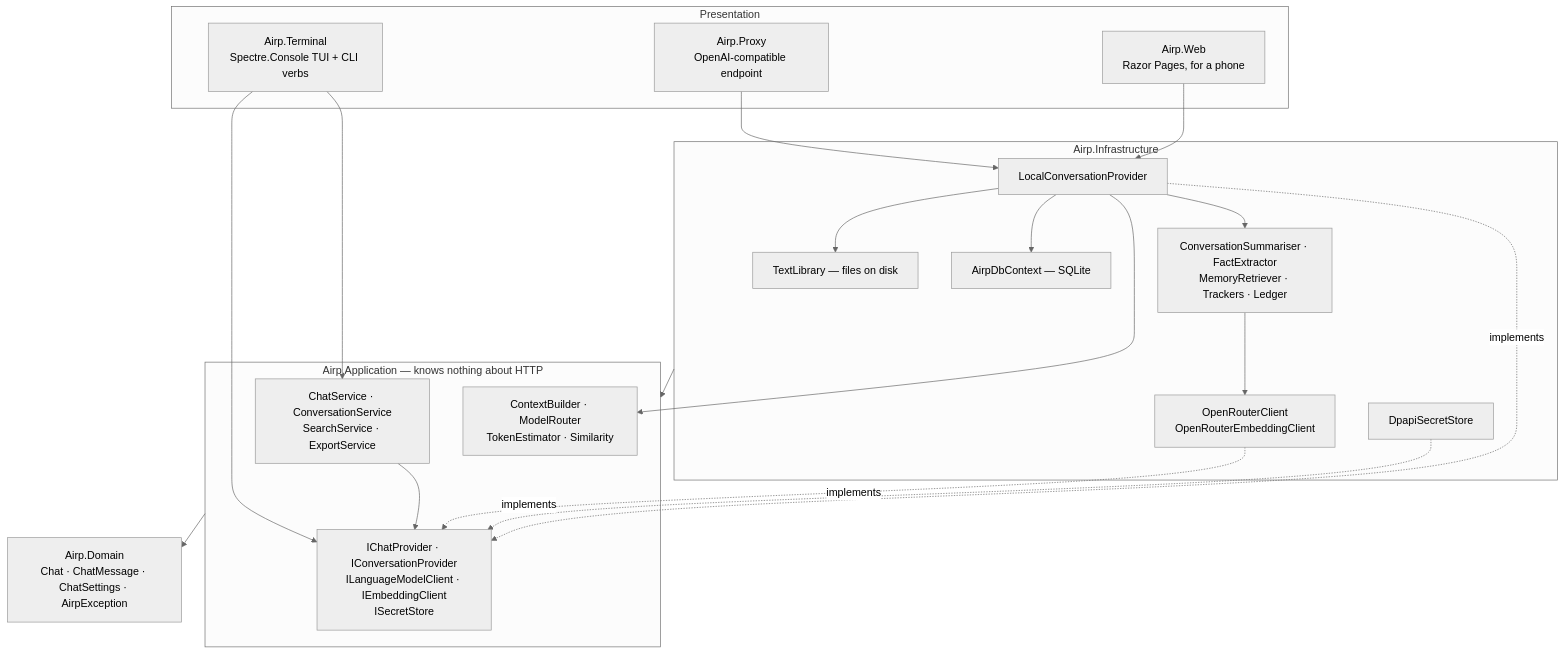
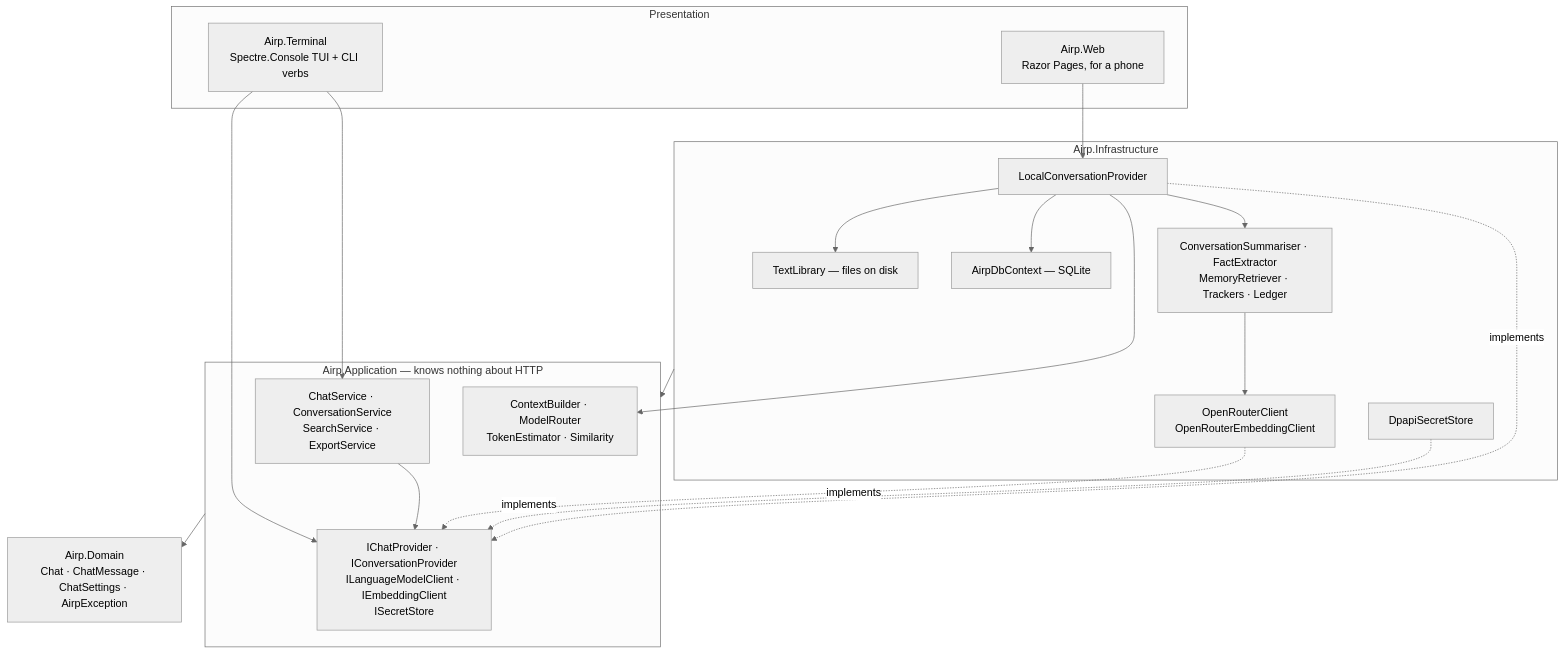
One commit to argamboad/custom-airp changed the first of 8 diagrams in docs/ARCHITECTURE.md. Above: the diagram before and after it, drawn with Mermaid (neutral theme). The commit also changed other lines of this file and 28 other files, not shown here.

````diff
--- a/docs/ARCHITECTURE.md
+++ b/docs/ARCHITECTURE.md
@@ -21,41 +21,39 @@
 ```mermaid
 flowchart TB
     subgraph Presentation
         Terminal["Airp.Terminal\nSpectre.Console TUI + CLI verbs"]
-        Proxy["Airp.Proxy\nOpenAI-compatible endpoint"]
         Web["Airp.Web\nRazor Pages, for a phone"]
     end
 
     subgraph Application["Airp.Application — knows nothing about HTTP"]
         Services["ChatService · ConversationService\nSearchService · ExportService"]
         Abstractions["IChatProvider · IConversationProvider\nILanguageModelClient · IEmbeddingClient\nISecretStore"]
         Ctx["ContextBuilder · ModelRouter\nTokenEstimator · Similarity"]
     end
 
     subgraph Infrastructure["Airp.Infrastructure"]
         LCP["LocalConversationProvider"]
         Memory["ConversationSummariser · FactExtractor\nMemoryRetriever · Trackers · Ledger"]
         ORC["OpenRouterClient\nOpenRouterEmbeddingClient"]
         Store["AirpDbContext — SQLite"]
         Lib["TextLibrary — files on disk"]
         Secrets["DpapiSecretStore"]
     end
 
     Domain["Airp.Domain\nChat · ChatMessage · ChatSettings · AirpException"]
 
     Terminal --> Services
     Terminal --> Abstractions
-    Proxy --> LCP
     Web --> LCP
     Services --> Abstractions
     LCP -. implements .-> Abstractions
     ORC -. implements .-> Abstractions
     Secrets -. implements .-> Abstractions
     LCP --> Memory
     LCP --> Ctx
     LCP --> Store
     LCP --> Lib
     Memory --> ORC
     Application --> Domain
     Infrastructure --> Application
 ```
````
